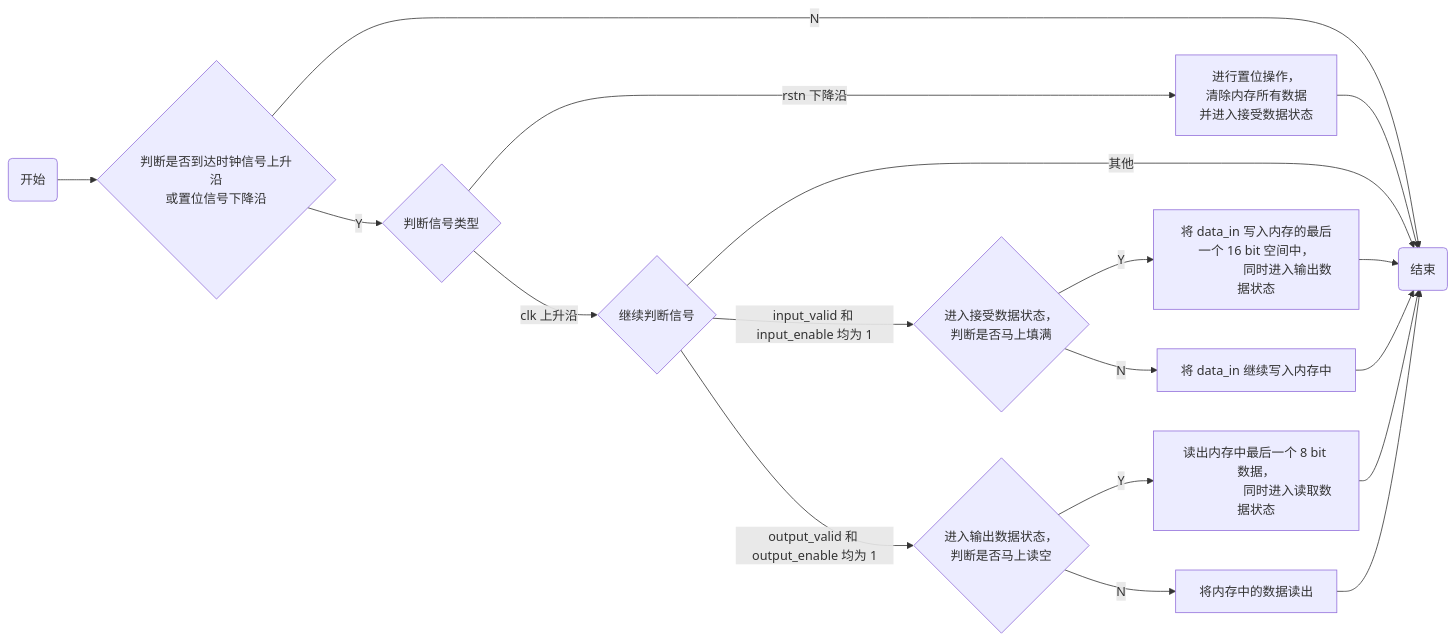
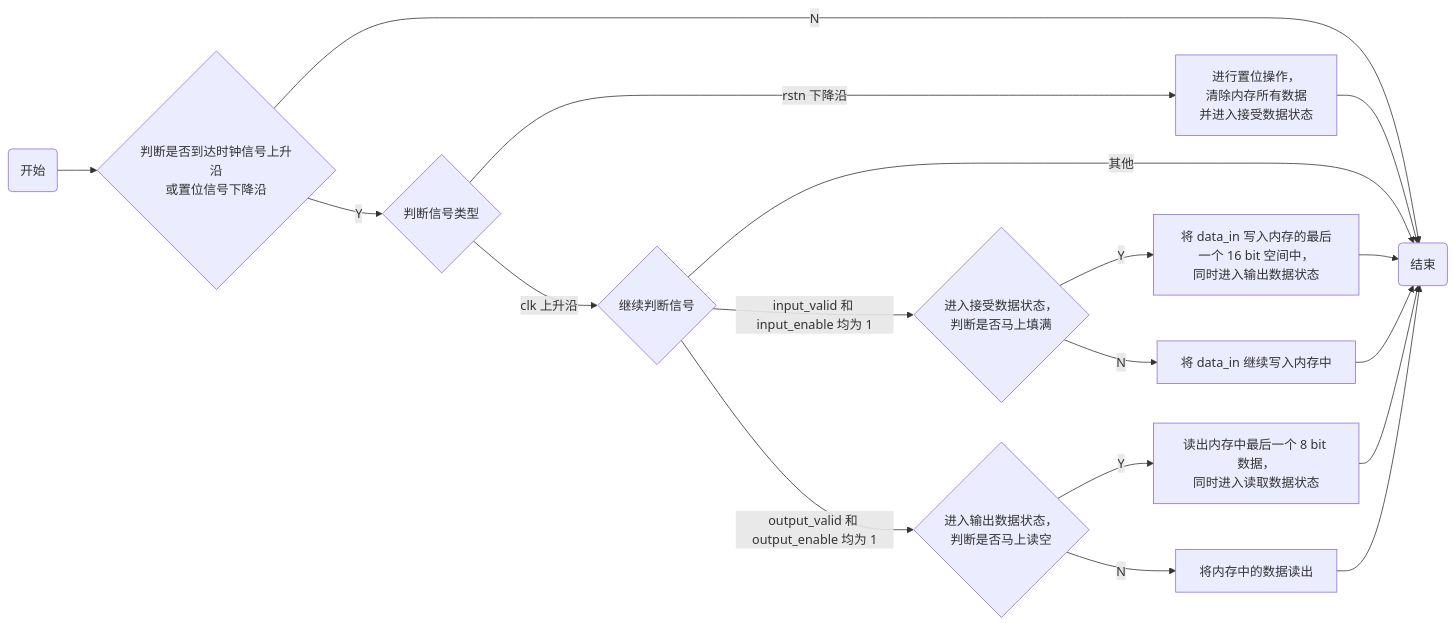
One commit to LucasLan666666/Digital-Circuits-code changed the first of 2 diagrams in 4/README.md. Above: the diagram before and after it, drawn with Mermaid. The commit also changed other lines of this file and 4 other files, not shown here.

````diff
--- a/4/README.md
+++ b/4/README.md
@@ -23,21 +25,17 @@
 ```mermaid
 flowchart LR
-A(开始) --> B{判断是否到达时钟信号上升沿<br/>或置位信号下降沿}
-B -->|N| End(结束)
-B -->|Y| D{判断信号类型}
-D -->|clk 上升沿| E{继续判断信号}
-D -->|rstn 下降沿| F[进行置位操作，<br/>清除内存所有数据<br/>并进入接受数据状态]
+A("开始") --> B{"判断是否到达时钟信号上升沿<br/>或置位信号下降沿"}
+B -->|N| End("结束")
+B -->|Y| D{"判断信号类型"}
+D -->|"clk 上升沿"| E{"继续判断信号"}
+D -->|"rstn 下降沿"| F["进行置位操作，<br/>清除内存所有数据<br/>并进入接受数据状态"]
 F --> End
-E -->|其他| End
-E -->|input_valid 和 input_enable 均为 1| G1{进入接受数据状态，
-		   判断是否马上填满}
-G1 -->|Y| H1[将 data_in 写入内存的最后一个 16 bit 空间中，
-		   同时进入输出数据状态]
-G1 -->|N| I1[将 data_in 继续写入内存中]
-E -->|output_valid 和 output_enable 均为 1| G2{进入输出数据状态，
-		   判断是否马上读空}
-G2 -->|Y| H2[读出内存中最后一个 8 bit 数据，
-		   同时进入读取数据状态]
-G2 -->|N| I2[将内存中的数据读出]
-H1 & I1 & H2 & I2--> End
+E -->|"其他"| End
+E -->|"input_valid 和 input_enable 均为 1"| G1{"进入接受数据状态，<br/>判断是否马上填满"}
+G1 -->|Y| H1["将 data_in 写入内存的最后一个 16 bit 空间中，<br/>同时进入输出数据状态"]
+G1 -->|N| I1["将 data_in 继续写入内存中"]
+E -->|"output_valid 和 output_enable 均为 1"| G2{"进入输出数据状态，<br/>判断是否马上读空"}
+G2 -->|Y| H2["读出内存中最后一个 8 bit 数据，<br/>同时进入读取数据状态"]
+G2 -->|N| I2["将内存中的数据读出"]
+H1 & I1 & H2 & I2 --> End
 ```
````
